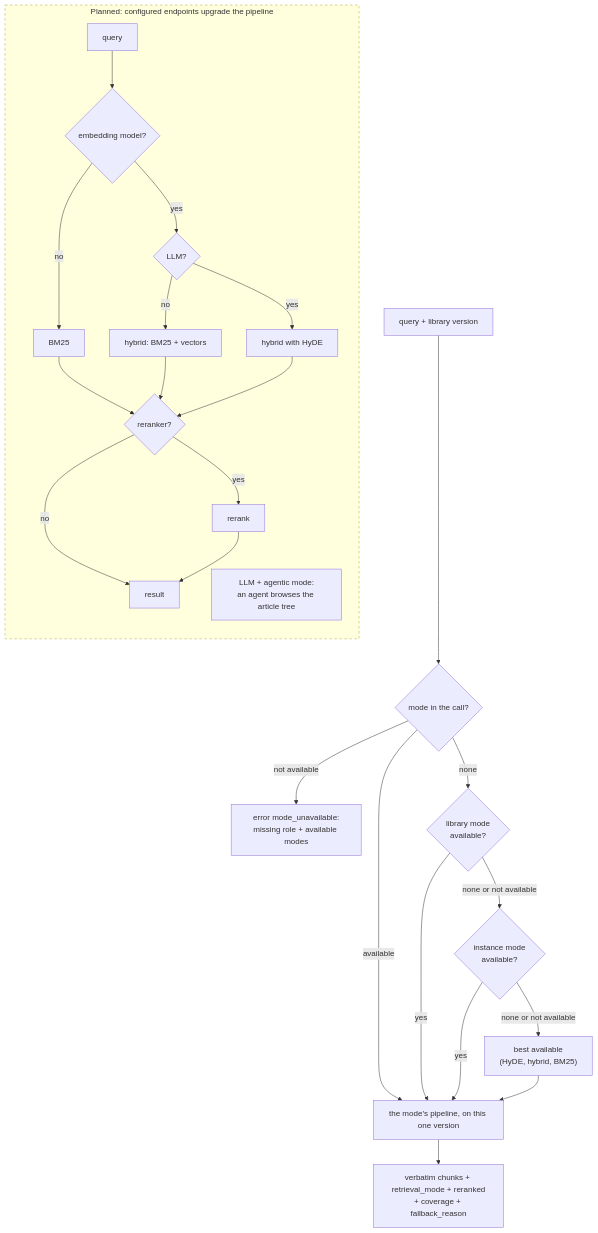
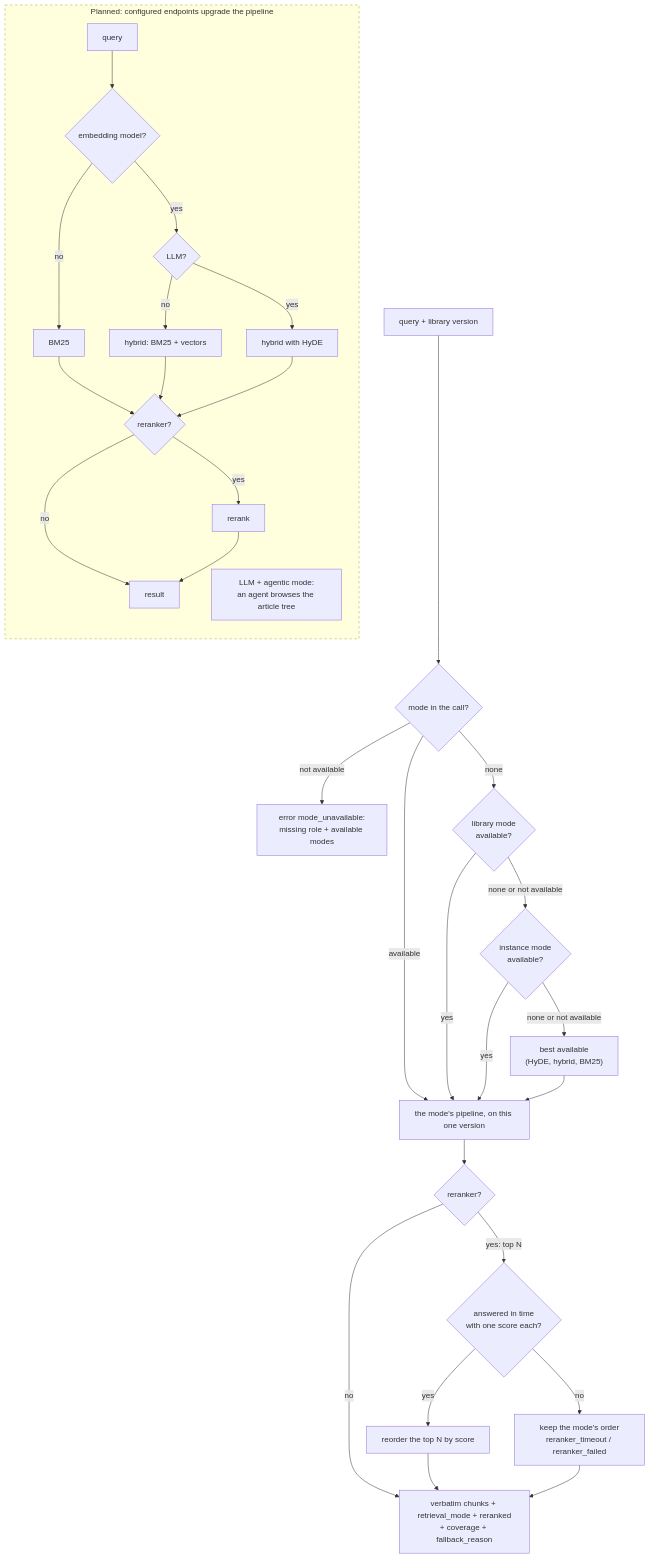
One commit to SirCypkowskyy/ExactDocs changed the fourth of 5 diagrams in docs/flows.md. Above: the diagram before and after it, drawn with Mermaid. The commit also changed other lines of this file and 39 other files, not shown here.

First line of the commit message:
feat(retrieval): a cross-encoder reranker reorders the top candidates (#93) (#261)

````diff
--- a/docs/flows.md
+++ b/docs/flows.md
@@ -155,30 +163,34 @@
 ```mermaid
 flowchart TD
     q["query + library version"] --> asked{"mode in the call?"}
     asked -->|"available"| run
     asked -->|"not available"| err["error mode_unavailable:<br/>missing role + available modes"]
     asked -->|"none"| lib{"library mode<br/>available?"}
     lib -->|yes| run
     lib -->|"none or not available"| inst{"instance mode<br/>available?"}
     inst -->|yes| run
     inst -->|"none or not available"| best["best available<br/>(HyDE, hybrid, BM25)"]
     best --> run
-    run["the mode's pipeline, on this one version"] --> out["verbatim chunks + retrieval_mode + reranked<br/>+ coverage + fallback_reason"]
+    run["the mode's pipeline, on this one version"] --> rer{"reranker?"}
+    rer -->|no| out["verbatim chunks + retrieval_mode + reranked<br/>+ coverage + fallback_reason"]
+    rer -->|"yes: top N"| scored{"answered in time<br/>with one score each?"}
+    scored -->|yes| reorder["reorder the top N by score"] --> out
+    scored -->|"no"| keep["keep the mode's order<br/>reranker_timeout / reranker_failed"] --> out
 
     subgraph planned ["Planned: configured endpoints upgrade the pipeline"]
         direction TB
         start["query"] --> emb
         emb{"embedding model?"} -->|no| bm25p["BM25"]
         emb -->|yes| llm{"LLM?"}
         llm -->|no| hyb["hybrid: BM25 + vectors"]
         llm -->|yes| hyde["hybrid with HyDE"]
         bm25p --> rr
         hyb --> rr
         hyde --> rr
         rr{"reranker?"} -->|yes| rerank["rerank"]
         rr -->|no| done["result"]
         rerank --> done
         agentic["LLM + agentic mode:<br/>an agent browses the article tree"]
     end
     style planned stroke-dasharray: 5 5
 ```
````
